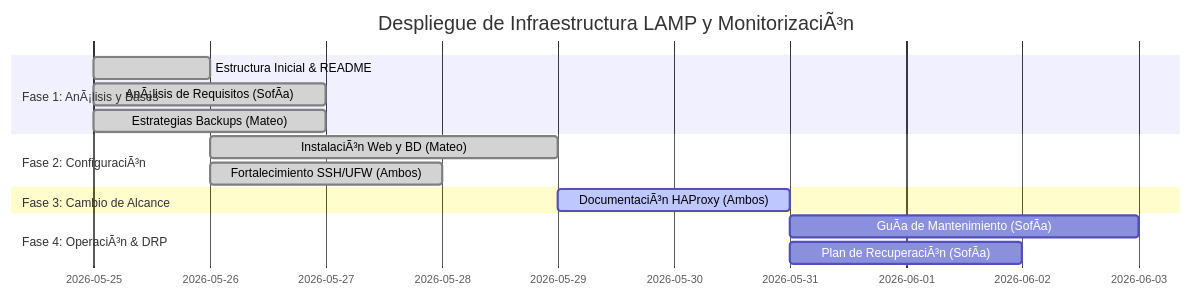
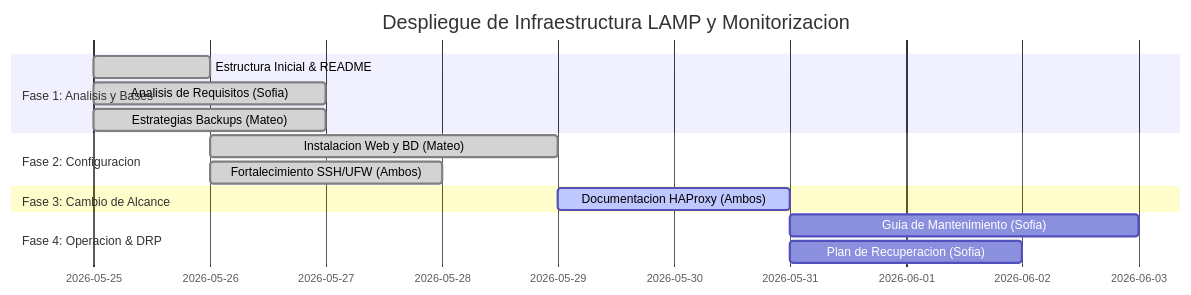
Before and after one commit to vjp-nazaretRM/infraestructura-LAMP: the diagram in docs/03-planificacion.md, drawn with Mermaid. The commit also changed other lines of this file and 14 other files, not shown here.

````diff
--- a/docs/03-planificacion.md
+++ b/docs/03-planificacion.md
@@ -7,17 +7,17 @@
 ```mermaid
 gantt
-    title Despliegue de Infraestructura LAMP y MonitorizaciÃ³n
+    title Despliegue de Infraestructura LAMP y Monitorizacion
     dateFormat  YYYY-MM-DD
-    section Fase 1: AnÃ¡lisis y Bases
+    section Fase 1: Analisis y Bases
     Estructura Inicial & README    :done, s1, 2026-05-25, 1d
-    AnÃ¡lisis de Requisitos (SofÃ­a) :done, s2, 2026-05-25, 2d
+    Analisis de Requisitos (Sofia) :done, s2, 2026-05-25, 2d
     Estrategias Backups (Mateo)    :done, s3, 2026-05-25, 2d
-    section Fase 2: ConfiguraciÃ³n
-    InstalaciÃ³n Web y BD (Mateo)  :done, s4, 2026-05-26, 3d
+    section Fase 2: Configuracion
+    Instalacion Web y BD (Mateo)  :done, s4, 2026-05-26, 3d
     Fortalecimiento SSH/UFW (Ambos):done, s5, 2026-05-26, 2d
     section Fase 3: Cambio de Alcance
-    DocumentaciÃ³n HAProxy (Ambos)  :active, s6, 2026-05-29, 2d
-    section Fase 4: OperaciÃ³n & DRP
-    GuÃ­a de Mantenimiento (SofÃ­a) :s7, 2026-05-31, 3d
-    Plan de RecuperaciÃ³n (SofÃ­a)  :s8, 2026-05-31, 2d
+    Documentacion HAProxy (Ambos)  :active, s6, 2026-05-29, 2d
+    section Fase 4: Operacion & DRP
+    Guia de Mantenimiento (Sofia) :s7, 2026-05-31, 3d
+    Plan de Recuperacion (Sofia)  :s8, 2026-05-31, 2d
 ```
````
